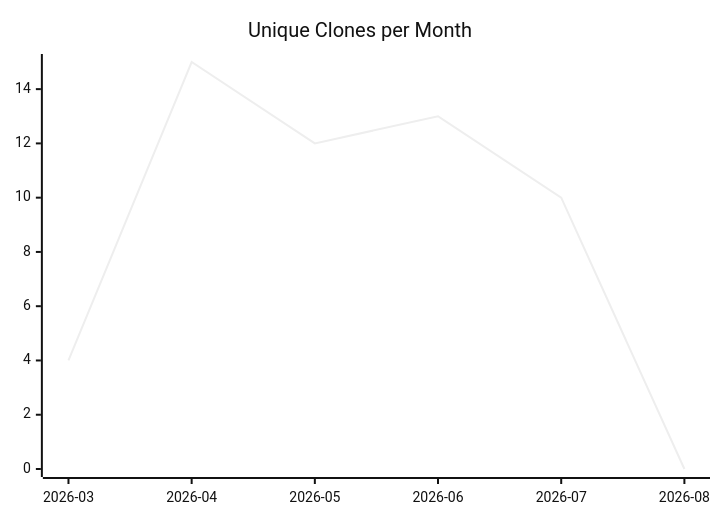
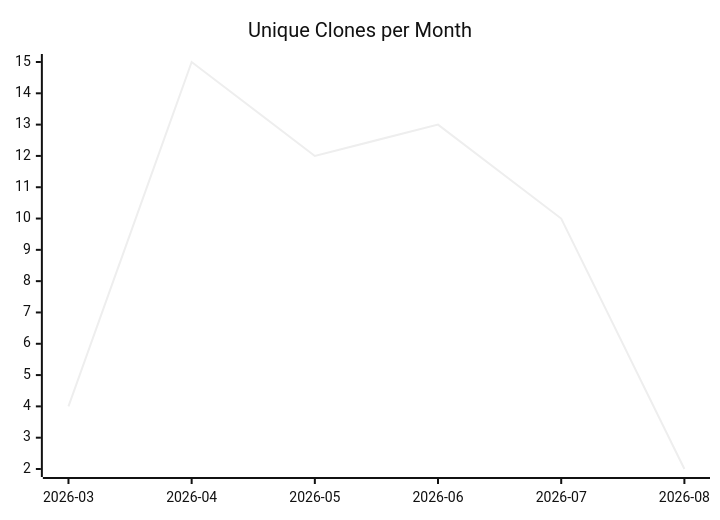
Before and after one commit to justdavis-family/github-analytics-data: the third of 3 diagrams in karlmdavis/ansible-role-bind-dns/README.md, drawn with Mermaid (neutral theme). The commit also changed other lines of this file and 174 other files, not shown here.

````diff
--- a/karlmdavis/ansible-role-bind-dns/README.md
+++ b/karlmdavis/ansible-role-bind-dns/README.md
@@ -19,6 +19,6 @@
 ```mermaid
 xychart-beta
   title "Unique Clones per Month"
   x-axis ["2026-03", "2026-04", "2026-05", "2026-06", "2026-07", "2026-08"]
-  line [4, 15, 12, 13, 10, 0]
+  line [4, 15, 12, 13, 10, 2]
 ```
````
